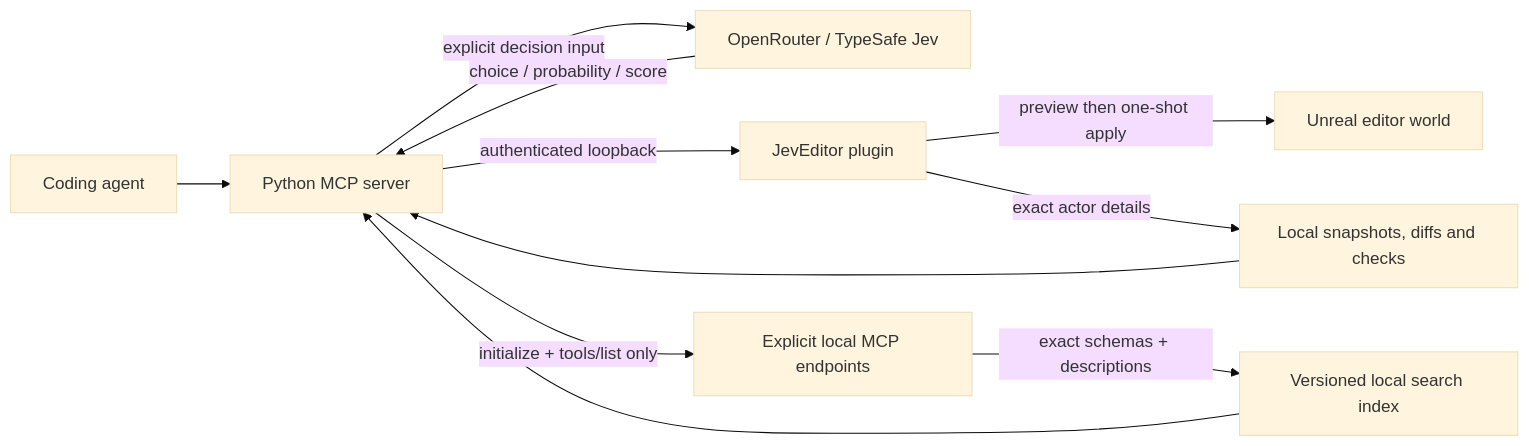
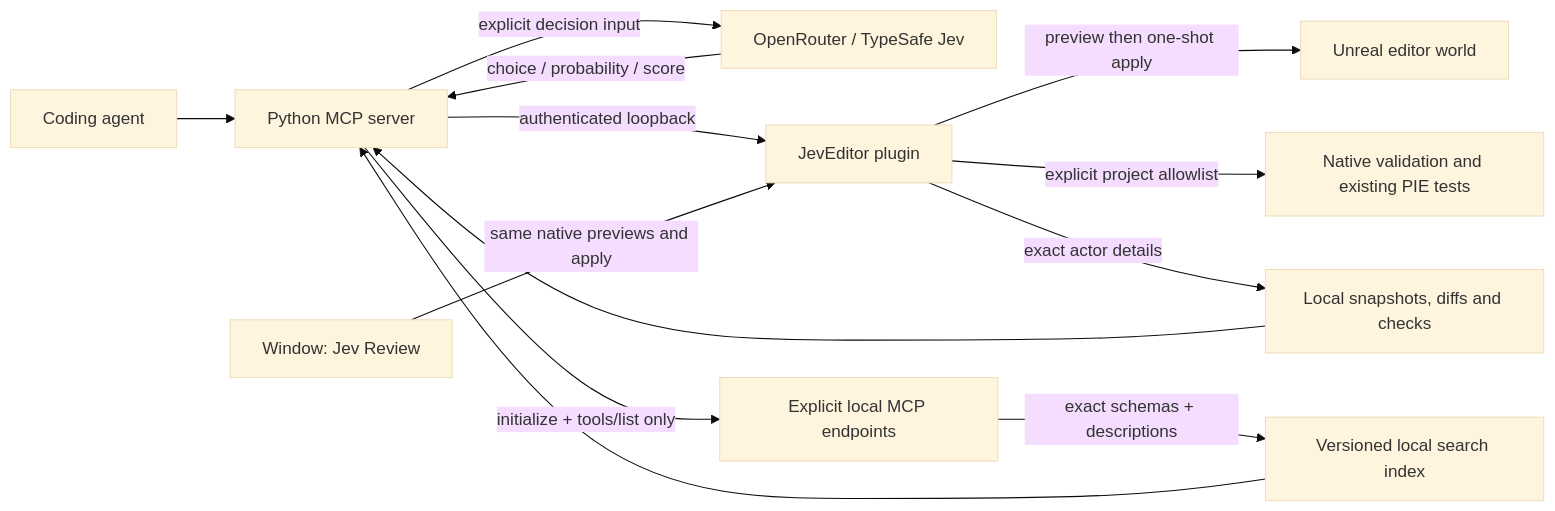
One commit to FahadArfin/Jev_Unreal changed the diagram in docs/ARCHITECTURE.md. Above: the diagram before and after it, drawn with Mermaid (base theme). The commit also changed other lines of this file and 72 other files, not shown here.

Commit message:
Implement roadmap foundations for reviewed Unreal project workflows (#7)

````diff
--- a/docs/ARCHITECTURE.md
+++ b/docs/ARCHITECTURE.md
@@ -5,13 +5,15 @@
 ```mermaid
 flowchart LR
     Agent[Coding agent] --> MCP[Python MCP server]
     MCP -->|explicit decision input| Jev[OpenRouter / TypeSafe Jev]
     Jev -->|choice / probability / score| MCP
     MCP -->|authenticated loopback| Editor[JevEditor plugin]
+    Panel[Window: Jev Review] -->|same native previews and apply| Editor
     Editor -->|preview then one-shot apply| World[Unreal editor world]
+    Editor -->|explicit project allowlist| Jobs[Native validation and existing PIE tests]
     Editor -->|exact actor details| Checks[Local snapshots, diffs and checks]
     Checks --> MCP
     MCP -->|initialize + tools/list only| Catalog[Explicit local MCP endpoints]
     Catalog -->|exact schemas + descriptions| Index[Versioned local search index]
     Index --> MCP
 ```
````
